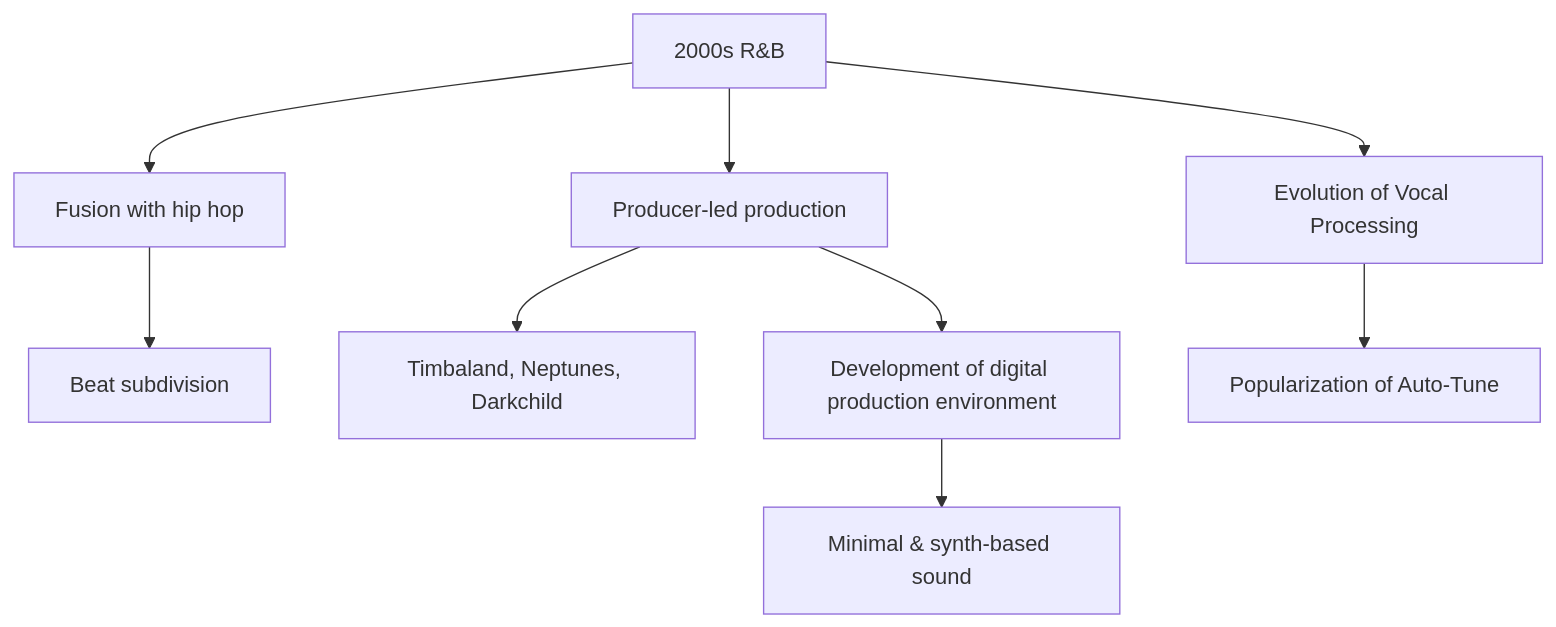
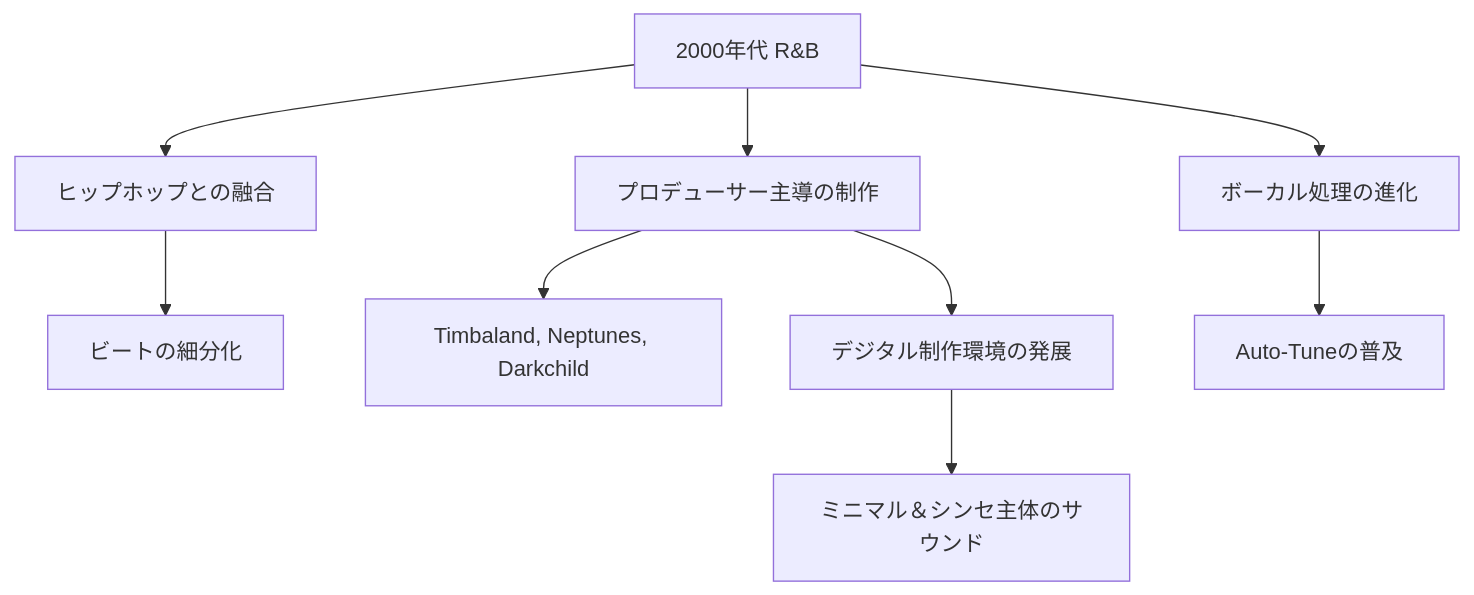
One commit to monumental-movement/monumental-movement.github.io changed the second of 2 diagrams in en/_posts/2025-11-20-column-2000s-r-and-b.md. Above: the diagram before and after it, drawn with Mermaid. The commit also changed other lines of this file and 2196 other files, not shown here.

```diff
--- a/en/_posts/2025-11-20-column-2000s-r-and-b.md
+++ b/en/_posts/2025-11-20-column-2000s-r-and-b.md
@@ -252,15 +251,15 @@
 <div class="mermaid">
 
 flowchart TD
 
-A["2000s R&B"] --> B["Fusion with hip hop"]
-A --> C["Producer-led production"]
-A --> D["Evolution of Vocal Processing"]
-B --> E["Beat subdivision"]
+A["2000年代 R&B"] --> B["ヒップホップとの融合"]
+A --> C["プロデューサー主導の制作"]
+A --> D["ボーカル処理の進化"]
+B --> E["ビートの細分化"]
 C --> F["Timbaland, Neptunes, Darkchild"]
-D --> G["Popularization of Auto-Tune"]
-C --> H["Development of digital production environment"]
-H --> I["Minimal & synth-based sound"]
+D --> G["Auto-Tuneの普及"]
+C --> H["デジタル制作環境の発展"]
+H --> I["ミニマル＆シンセ主体のサウンド"]
 
 
 </div>
```
